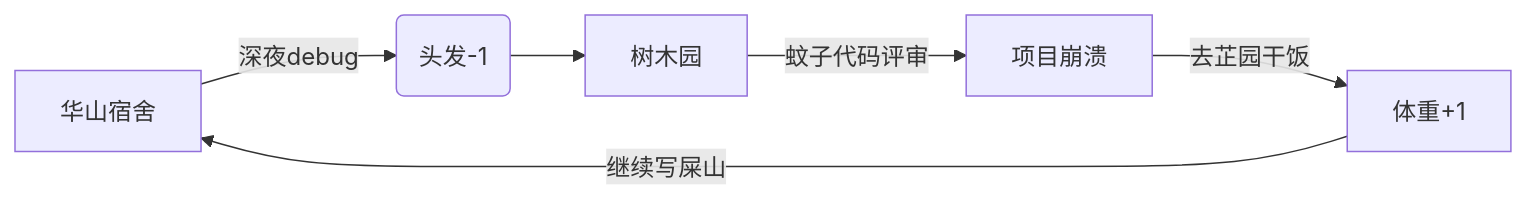
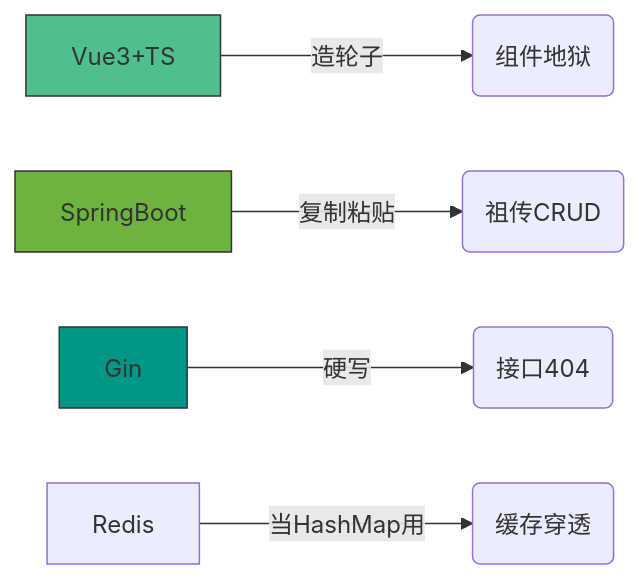
Before and after one commit to HYH0309/HYH0309: the first of 2 diagrams in README.md, drawn with Mermaid. The commit also changed other lines of this file, not shown here.

````diff
--- a/README.md
+++ b/README.md
@@ -95,8 +29,10 @@
 ```mermaid
 graph LR
-A[华山宿舍] -->|深夜debug| B(头发-1)
-B --> C[树木园]
-C -->|蚊子代码评审| D[项目崩溃]
-D -->|去芷园干饭| E[体重+1]
-E -->|继续写屎山| A
+    A[Vue3+TS] -->|造轮子| B(组件地狱)
+    C[SpringBoot] -->|复制粘贴| D(祖传CRUD)
+    E[Gin] -->|硬写| F(接口404)
+    G[Redis] -->|当HashMap用| H(缓存穿透)
+    style A fill:#4FC08D,stroke:#333
+    style C fill:#6DB33F,stroke:#333
+    style E fill:#009688,stroke:#333
 ```
````
